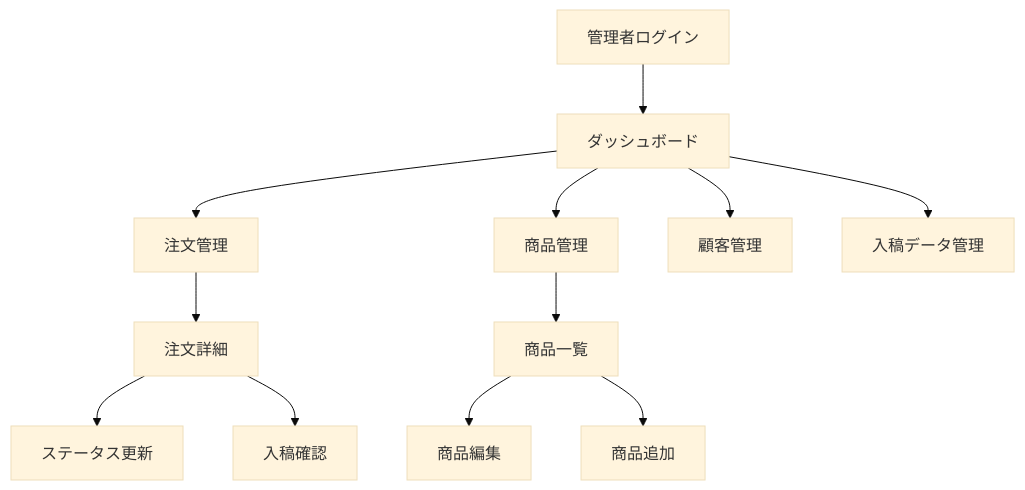
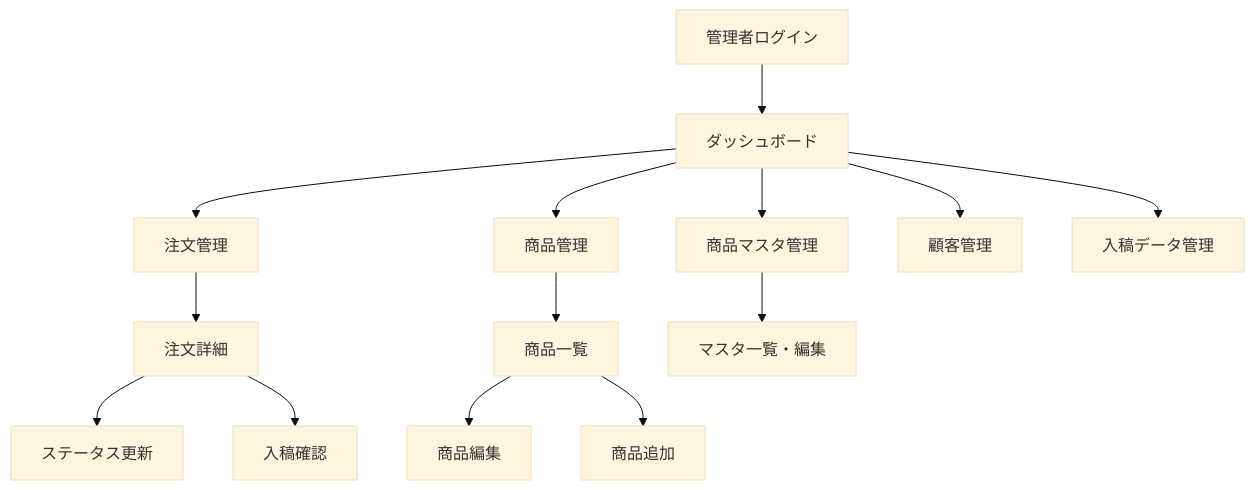
Before and after one commit to ShotaGhoona/acrique-v1: the fourth of 4 diagrams in docs/requirements/11-画面遷移.md, drawn with Mermaid (base theme). The commit also changed other lines of this file and 9 other files, not shown here.

````diff
--- a/docs/requirements/11-画面遷移.md
+++ b/docs/requirements/11-画面遷移.md
@@ -120,16 +120,19 @@
 ```mermaid
 graph TD
     LOGIN[管理者ログイン] --> DASH[ダッシュボード]
     DASH --> ORDERS[注文管理]
     DASH --> PRODUCTS[商品管理]
+    DASH --> MASTERS[商品マスタ管理]
     DASH --> USERS[顧客管理]
     DASH --> UPLOADS[入稿データ管理]
 
     ORDERS --> ORDER_DETAIL[注文詳細]
     ORDER_DETAIL --> STATUS[ステータス更新]
     ORDER_DETAIL --> UPLOAD_REVIEW[入稿確認]
 
     PRODUCTS --> PROD_LIST[商品一覧]
     PROD_LIST --> PROD_EDIT[商品編集]
     PROD_LIST --> PROD_NEW[商品追加]
+
+    MASTERS --> MASTER_LIST[マスタ一覧・編集]
 ```
````
